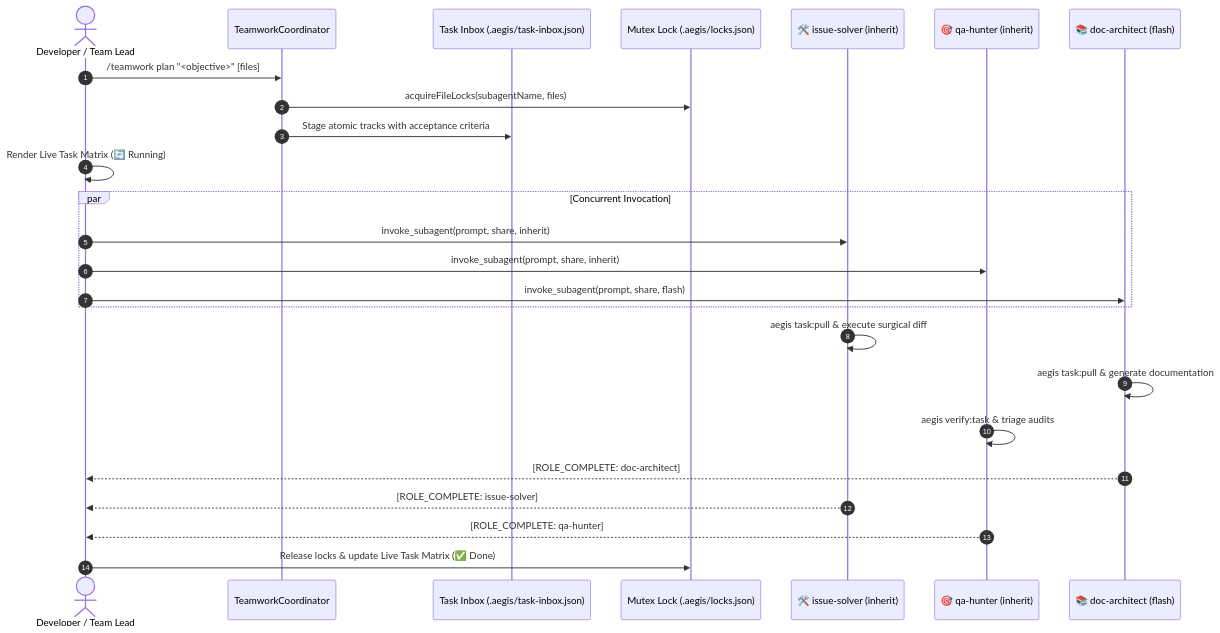
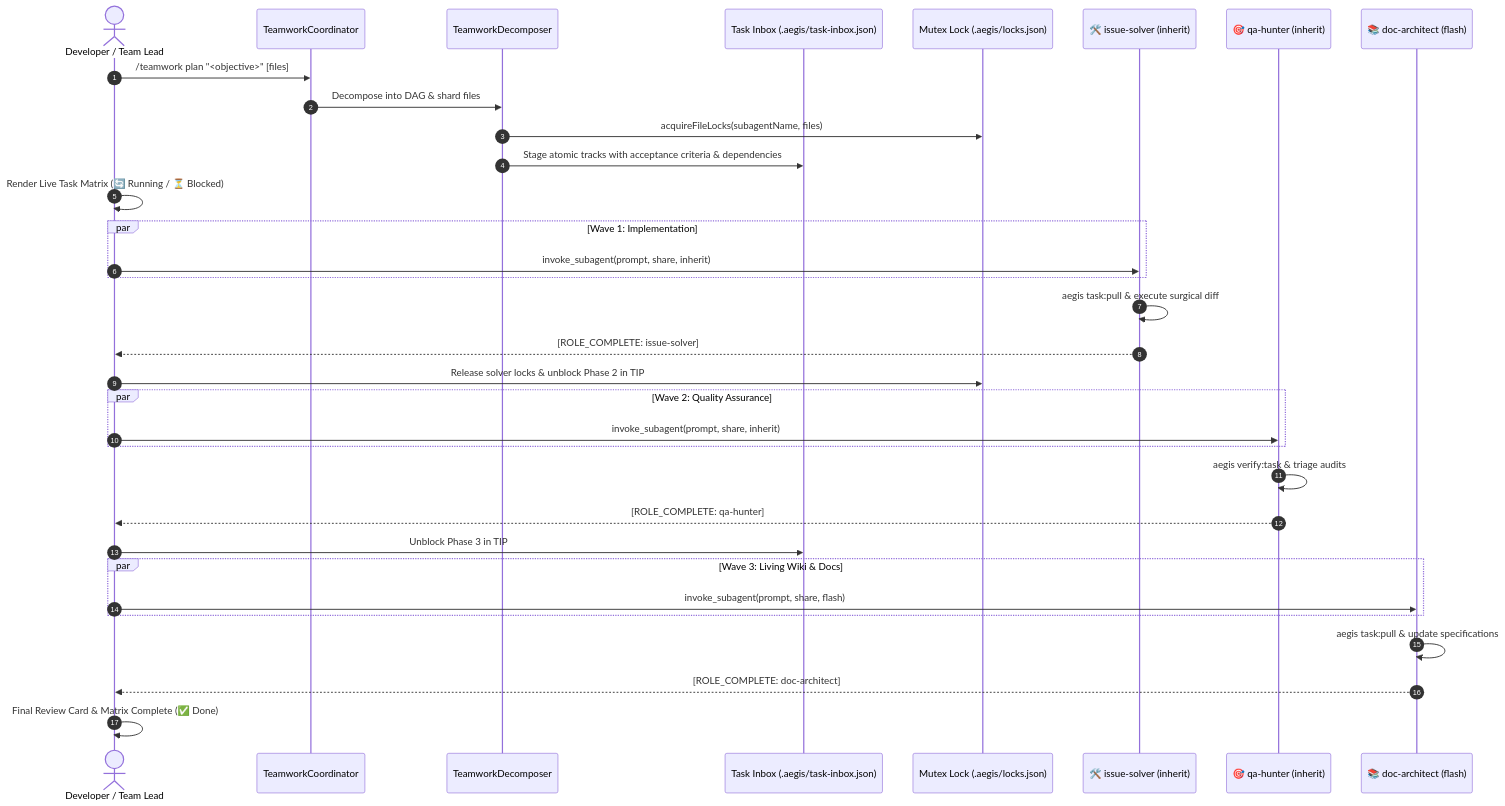
One commit to frkntlr/aegis changed the first of 3 diagrams in docs/TEAMWORK.md. Above: the diagram before and after it, drawn with Mermaid. The commit also changed other lines of this file and 1 other file, not shown here.

Commit message:
docs(teamwork): living architecture update from subagent doc-architect

````diff
--- a/docs/TEAMWORK.md
+++ b/docs/TEAMWORK.md
@@ -9,28 +9,36 @@
 ```mermaid
 sequenceDiagram
     autonumber
     actor Dev as Developer / Team Lead
     participant TC as TeamworkCoordinator
+    participant Dec as TeamworkDecomposer
     participant TIP as Task Inbox (.aegis/task-inbox.json)
     participant Lock as Mutex Lock (.aegis/locks.json)
     participant Solver as 🛠️ issue-solver (inherit)
     participant QA as 🎯 qa-hunter (inherit)
     participant Docs as 📚 doc-architect (flash)
 
     Dev->>TC: /teamwork plan "<objective>" [files]
-    TC->>Lock: acquireFileLocks(subagentName, files)
-    TC->>TIP: Stage atomic tracks with acceptance criteria
-    Dev->>Dev: Render Live Task Matrix (🔄 Running)
-    par Concurrent Invocation
+    TC->>Dec: Decompose into DAG & shard files
+    Dec->>Lock: acquireFileLocks(subagentName, files)
+    Dec->>TIP: Stage atomic tracks with acceptance criteria & dependencies
+    Dev->>Dev: Render Live Task Matrix (🔄 Running / ⏳ Blocked)
+    par Wave 1: Implementation
         Dev->>Solver: invoke_subagent(prompt, share, inherit)
+    end
+    Solver->>Solver: aegis task:pull & execute surgical diff
+    Solver-->>Dev: [ROLE_COMPLETE: issue-solver]
+    Dev->>Lock: Release solver locks & unblock Phase 2 in TIP
+    par Wave 2: Quality Assurance
         Dev->>QA: invoke_subagent(prompt, share, inherit)
+    end
+    QA->>QA: aegis verify:task & triage audits
+    QA-->>Dev: [ROLE_COMPLETE: qa-hunter]
+    Dev->>TIP: Unblock Phase 3 in TIP
+    par Wave 3: Living Wiki & Docs
         Dev->>Docs: invoke_subagent(prompt, share, flash)
     end
-    Solver->>Solver: aegis task:pull & execute surgical diff
-    Docs->>Docs: aegis task:pull & generate documentation
-    QA->>QA: aegis verify:task & triage audits
+    Docs->>Docs: aegis task:pull & update specifications
     Docs-->>Dev: [ROLE_COMPLETE: doc-architect]
-    Solver-->>Dev: [ROLE_COMPLETE: issue-solver]
-    QA-->>Dev: [ROLE_COMPLETE: qa-hunter]
-    Dev->>Lock: Release locks & update Live Task Matrix (✅ Done)
+    Dev->>Dev: Final Review Card & Matrix Complete (✅ Done)
 ```
````
